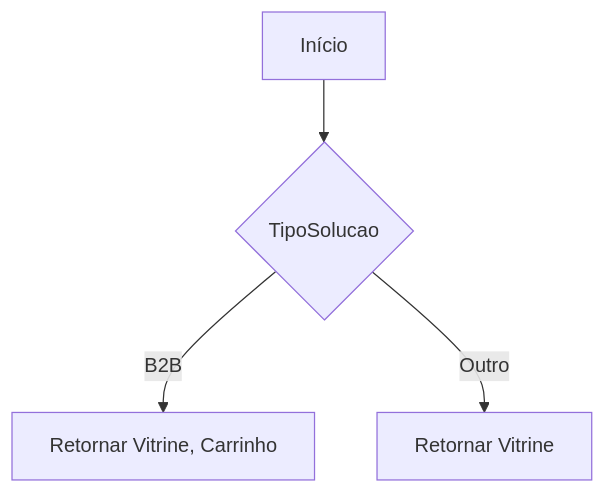
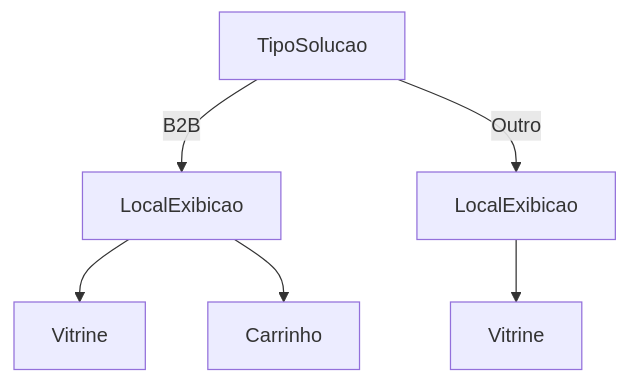
Before and after one commit to IsthmusSistemas/documentacao-tecnica: the first of 2 diagrams in docs/b2b-dominio/IsthmusWinthor.Nucleo/IsthmusWinthor.Dominio/Enumeradores/LocalExibicao.md, drawn with Mermaid. The commit also changed other lines of this file and 882 other files, not shown here.

````diff
--- a/docs/b2b-dominio/IsthmusWinthor.Nucleo/IsthmusWinthor.Dominio/Enumeradores/LocalExibicao.md
+++ b/docs/b2b-dominio/IsthmusWinthor.Nucleo/IsthmusWinthor.Dominio/Enumeradores/LocalExibicao.md
@@ -25,6 +20,8 @@
 ```mermaid
 flowchart TD
-    A[Início] --> B{TipoSolucao}
-    B -->|B2B| C[Retornar Vitrine, Carrinho]
-    B -->|Outro| D[Retornar Vitrine]
+    A[TipoSolucao] -->|B2B| B[LocalExibicao]
+    A -->|Outro| C[LocalExibicao]
+    B --> D[Vitrine] 
+    B --> E[Carrinho]
+    C --> F[Vitrine]
 ```
````
